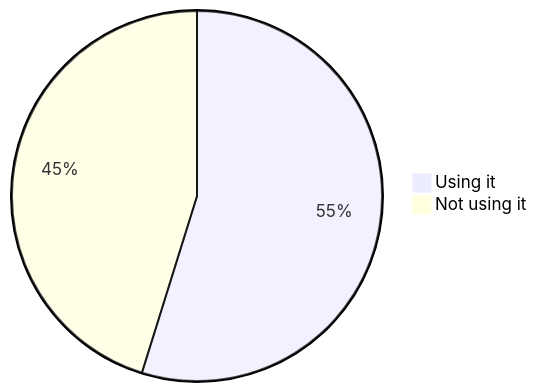
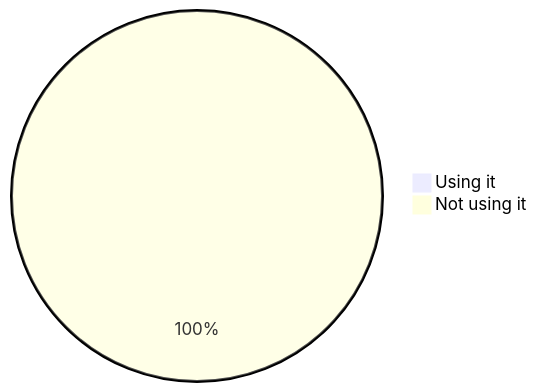
Before and after one commit to oshp/oshp-stats: the tenth of 18 diagrams in stats.md, drawn with Mermaid. The commit also changed other lines of this file and 1 other file, not shown here.

````diff
--- a/stats.md
+++ b/stats.md
@@ -128,6 +116,6 @@
 ```mermaid
 pie
-	"Using it" : 54.81
-	"Not using it" : 45.19
+	"Using it" : 0.23
+	"Not using it" : 99.78
 
 ```
````
